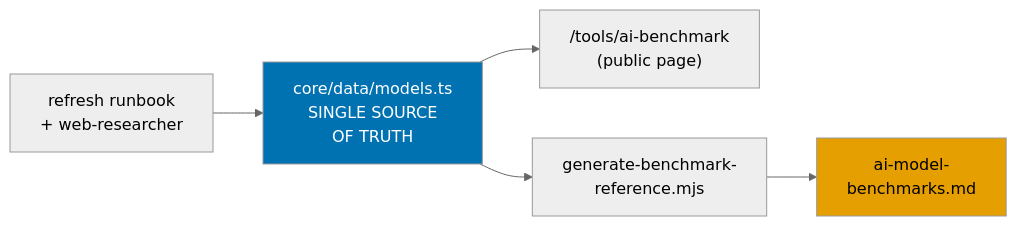
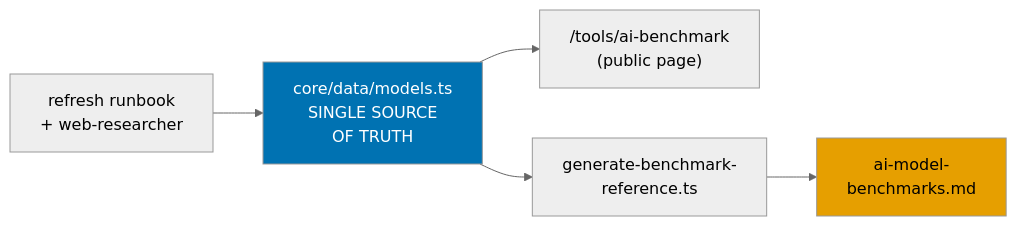
The sixth of 7 diagrams in plans/backlog/ayokoding-www-tools-ai-benchmark/tech-docs.md (wahidyankf/baseerah), drawn with Mermaid (neutral theme) before and after one commit. The commit also changed other lines of this file and 2 other files, not shown here.

First line of the commit message:
chore(plans): converge quality gate on ai-benchmark plan

````diff
--- a/plans/backlog/ayokoding-www-tools-ai-benchmark/tech-docs.md
+++ b/plans/backlog/ayokoding-www-tools-ai-benchmark/tech-docs.md
@@ -172,11 +172,11 @@
 ```mermaid
 %% Upstream/downstream position of models.ts
 flowchart LR
   RB["refresh runbook<br/>+ web-researcher"] --> M["core/data/models.ts<br/>SINGLE SOURCE<br/>OF TRUTH"]
   M --> UI["/tools/ai-benchmark<br/>(public page)"]
-  M --> GEN["generate-benchmark-<br/>reference.mjs"]
+  M --> GEN["generate-benchmark-<br/>reference.ts"]
   GEN --> REF["ai-model-<br/>benchmarks.md"]
 
   style M fill:#0072B2,color:#FFFFFF
   style REF fill:#E69F00,color:#000000
 ```
````
